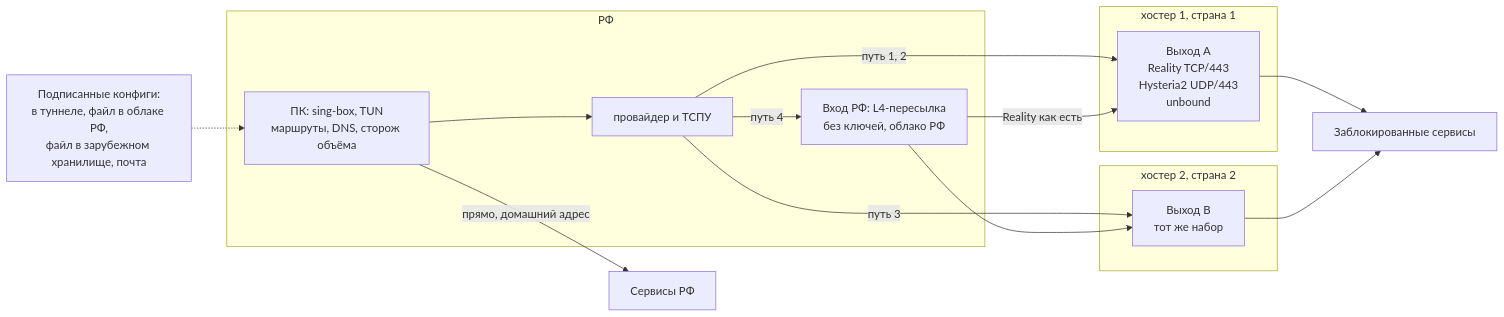
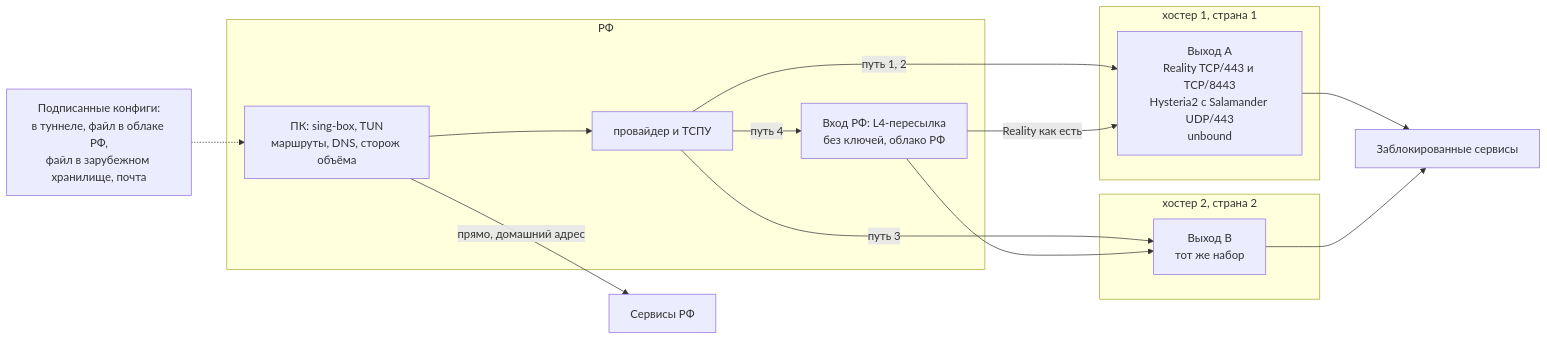
One commit to airmalik0/artel-fullstack-test changed the diagram in part2-topology/TOPOLOGY.md. Above: the diagram before and after it, drawn with Mermaid. The commit also changed other lines of this file and 16 other files, not shown here.

````diff
--- a/part2-topology/TOPOLOGY.md
+++ b/part2-topology/TOPOLOGY.md
@@ -35,27 +35,27 @@
 ```mermaid
 flowchart LR
   subgraph RU["РФ"]
     PC["ПК: sing-box, TUN\nмаршруты, DNS, сторож объёма"]
     TSPU["провайдер и ТСПУ"]
     REL["Вход РФ: L4-пересылка\nбез ключей, облако РФ"]
   end
   subgraph H1["хостер 1, страна 1"]
-    A["Выход A\nReality TCP/443\nHysteria2 UDP/443\nunbound"]
+    A["Выход A\nReality TCP/443 и TCP/8443\nHysteria2 с Salamander UDP/443\nunbound"]
   end
   subgraph H2["хостер 2, страна 2"]
     B["Выход B\nтот же набор"]
   end
   NET["Заблокированные сервисы"]
   RUS["Сервисы РФ"]
   CFG["Подписанные конфиги:\nв туннеле, файл в облаке РФ,\nфайл в зарубежном хранилище, почта"]
   PC --> TSPU
   TSPU -->|"путь 1, 2"| A
   TSPU -->|"путь 3"| B
   TSPU -->|"путь 4"| REL
   REL -->|"Reality как есть"| A
   REL --> B
   A --> NET
   B --> NET
   PC -->|"прямо, домашний адрес"| RUS
   CFG -.-> PC
 ```
````
